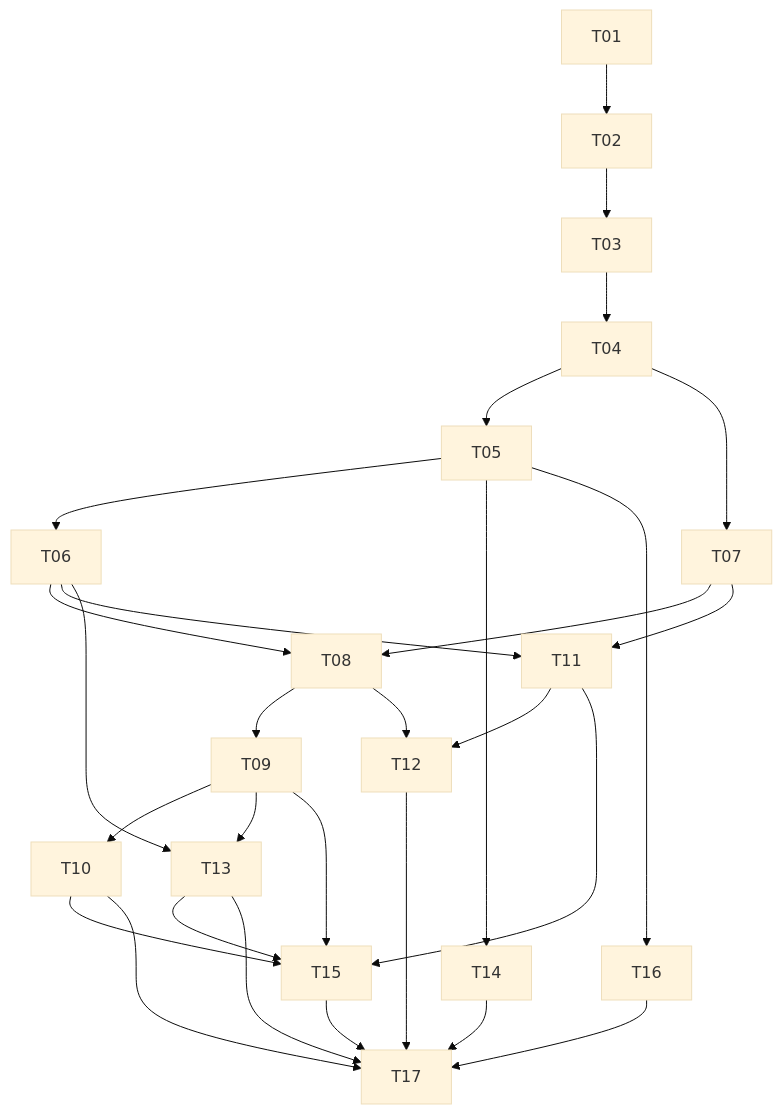
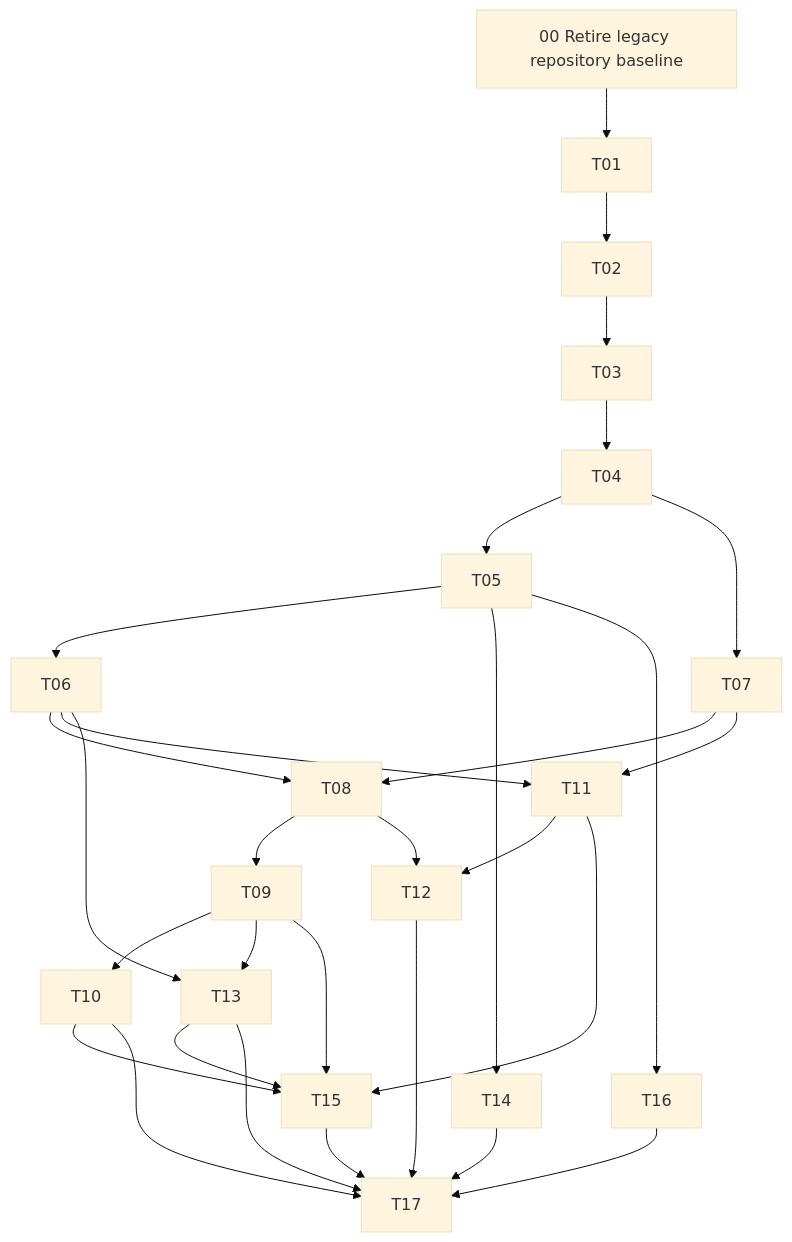
One commit to L-1ngg/loreweave changed the diagram in .scratch/rag-v1/README.md. Above: the diagram before and after it, drawn with Mermaid (base theme). The commit also changed other lines of this file and 4 other files, not shown here.

````diff
--- a/.scratch/rag-v1/README.md
+++ b/.scratch/rag-v1/README.md
@@ -38,31 +40,32 @@
 ```mermaid
 flowchart TD
+    T00[00 Retire legacy repository baseline] --> T01
     T01 --> T02
     T02 --> T03
     T03 --> T04
     T04 --> T05
     T05 --> T06
     T04 --> T07
     T06 --> T08
     T07 --> T08
     T08 --> T09
     T09 --> T10
     T06 --> T11
     T07 --> T11
     T08 --> T12
     T11 --> T12
     T06 --> T13
     T09 --> T13
     T05 --> T14
     T09 --> T15
     T10 --> T15
     T11 --> T15
     T13 --> T15
     T05 --> T16
     T10 --> T17
     T12 --> T17
     T13 --> T17
     T14 --> T17
     T15 --> T17
     T16 --> T17
 ```
````
